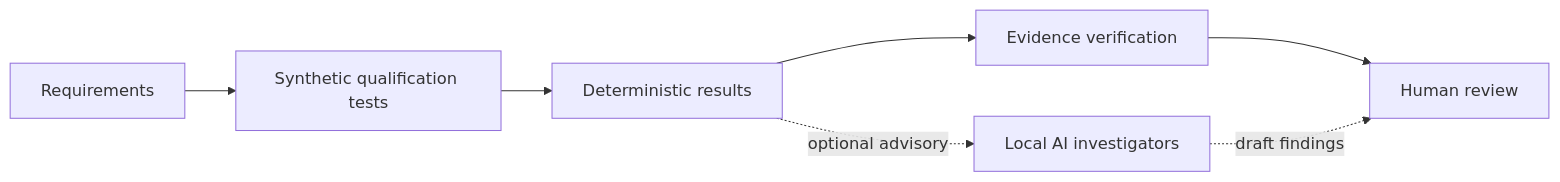
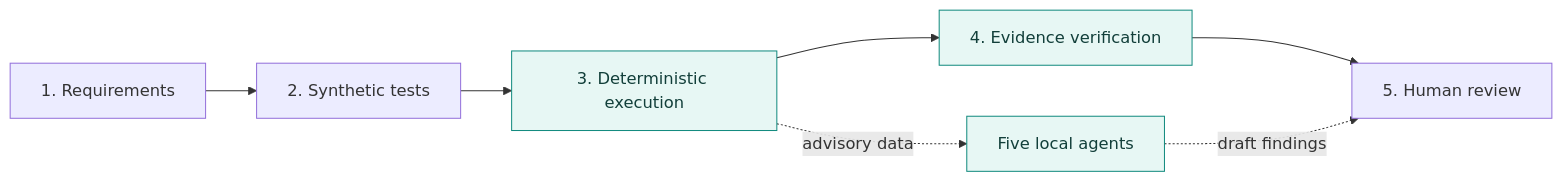
The diagram in docs/index.md (Tec-Wel/HealthQualify), drawn with Mermaid before and after one commit. The commit also changed other lines of this file and 8 other files, not shown here.

````diff
--- a/docs/index.md
+++ b/docs/index.md
@@ -25,9 +37,11 @@
 ```mermaid
 flowchart LR
-    A["Requirements"] --> B["Synthetic qualification tests"]
-    B --> C["Deterministic results"]
-    C --> D["Evidence verification"]
-    D --> E["Human review"]
-    C -. "optional advisory" .-> F["Local AI investigators"]
-    F -. "draft findings" .-> E
+  A["1. Requirements"] --> B["2. Synthetic tests"]
+  B --> C["3. Deterministic execution"]
+  C --> D["4. Evidence verification"]
+  D --> E["5. Human review"]
+  C -. "advisory data" .-> F["Five local agents"]
+  F -. "draft findings" .-> E
+  classDef core fill:#e7f7f4,stroke:#138b7f,color:#123f3a
+  class C,D,F core
 ```
````
